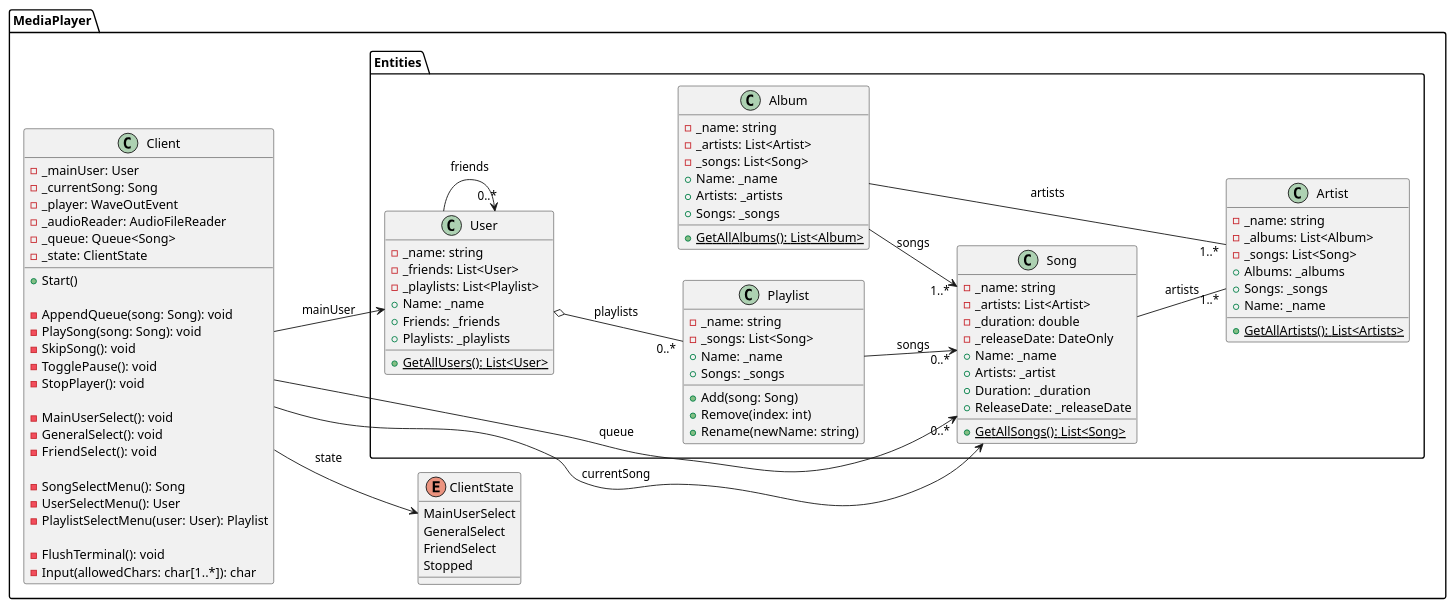
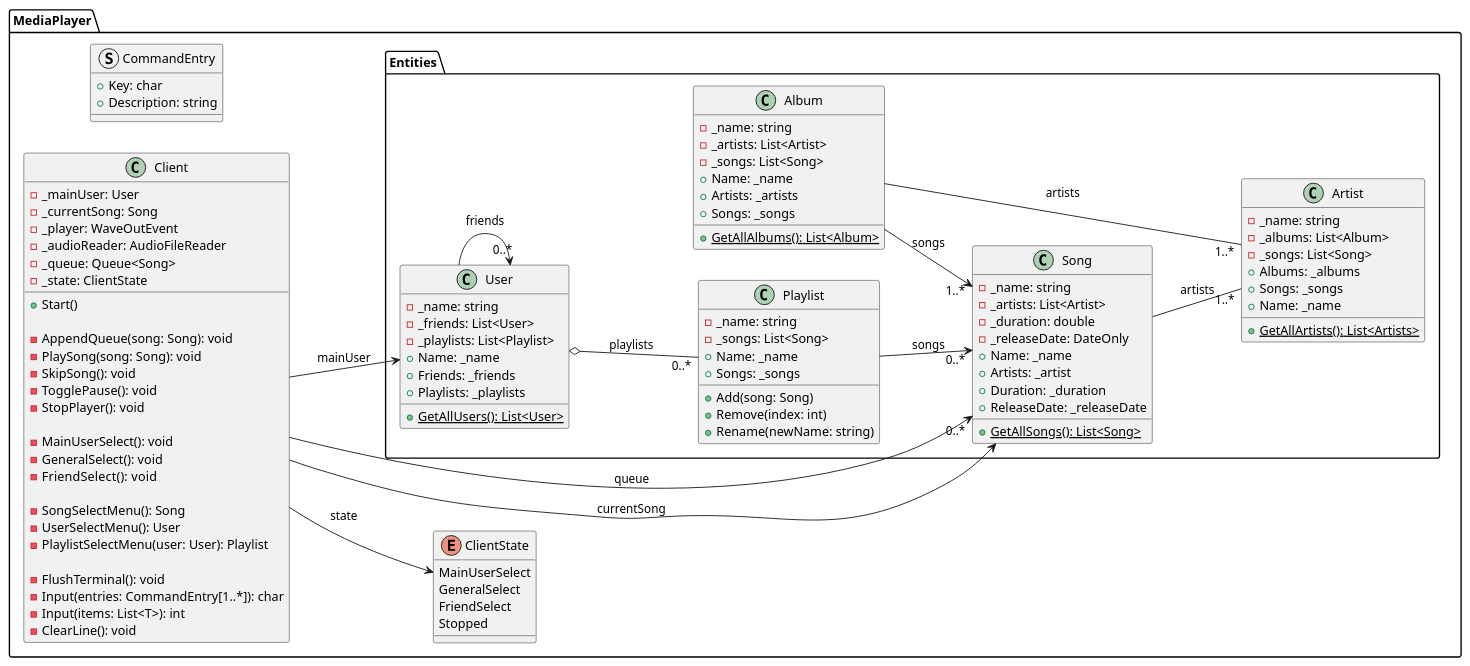
The diagram in class-diagram.puml (A-A-Tel/media-player), drawn with PlantUML before and after one commit. The commit also changed 2 other files, not shown here.

Commit message:
updated input validation options

```diff
--- a/class-diagram.puml
+++ b/class-diagram.puml
@@ -1,121 +1,128 @@
 @startuml
 left to right direction
 
 namespace MediaPlayer {
 
     enum ClientState {
         MainUserSelect
         GeneralSelect
         FriendSelect
         Stopped
+    }
+    
+    struct CommandEntry {
+        + Key: char
+        + Description: string
     }
     
     class Client {
         - _mainUser: User
         - _currentSong: Song
         - _player: WaveOutEvent
         - _audioReader: AudioFileReader
         - _queue: Queue<Song>
         - _state: ClientState
         
         + Start()
         
         ' commands
         - AppendQueue(song: Song): void
         - PlaySong(song: Song): void
         - SkipSong(): void
         - TogglePause(): void
         - StopPlayer(): void
         
         ' state
         - MainUserSelect(): void
         - GeneralSelect(): void
         - FriendSelect():  void
         
         ' menus
         - SongSelectMenu(): Song
         - UserSelectMenu(): User
         - PlaylistSelectMenu(user: User): Playlist
         
         ' helpers
         - FlushTerminal(): void
-        - Input(allowedChars: char[1..*]): char
+        - Input(entries: CommandEntry[1..*]): char
+        - Input(items: List<T>): int
+        - ClearLine(): void
     }
     
     namespace Entities {
     
         class Song {
             - _name: string
             - _artists: List<Artist>
             - _duration: double
             - _releaseDate: DateOnly
             + Name: _name
             + Artists: _artist
             + Duration: _duration
             + ReleaseDate: _releaseDate
             
             + GetAllSongs(): List<Song> {static}
         }
             
         class User {
             - _name: string
             - _friends: List<User>
             - _playlists: List<Playlist>
             + Name: _name
             + Friends: _friends
             + Playlists: _playlists
             
             + GetAllUsers(): List<User> {static}
         }
         
         class Playlist {
             - _name: string
             - _songs: List<Song>
             + Name: _name
             + Songs: _songs
             
             + Add(song: Song)
             + Remove(index: int)
             + Rename(newName: string)
         }
         
         class Album {
             - _name: string
             - _artists: List<Artist>
             - _songs: List<Song>
             + Name: _name
             + Artists: _artists
             + Songs: _songs
             
             + GetAllAlbums(): List<Album> {static}
         }
         
         class Artist {
             - _name: string
             - _albums: List<Album>
             - _songs: List<Song>
             + Albums: _albums
             + Songs: _songs
             + Name: _name
             
             + GetAllArtists(): List<Artists> {static}
         }
     }
 }
 
 Client --> User : mainUser
 Client --> Song : currentSong
 Client --> "0..*" Song : queue
 Client --> ClientState : state
 
 User o-- "0..*" Playlist : playlists
 User --> "0..*" User : friends
 
 Album --> "1..*" Song : songs
 Album -- "1..*" Artist : artists
 
 Playlist --> "0..*" Song : songs
 
 Song -- "1..*" Artist : artists
 
 @enduml
```
